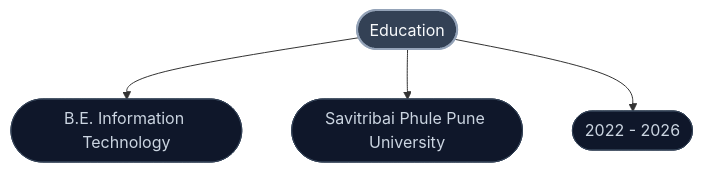
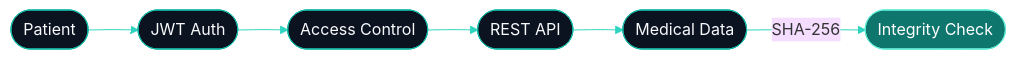
The second of 2 diagrams in README.md (Rockyyy2312/Rockyyy2312), drawn with Mermaid before and after one commit. The commit also changed other lines of this file, not shown here.

First line of the commit message:
Revise README with personal and project information

````diff
--- a/README.md
+++ b/README.md
@@ -278,13 +63,10 @@
 ```mermaid
-graph TD
-    R(["Education"])
-    R --> N0(["B.E. Information Technology"])
-    R --> N1(["Savitribai Phule Pune University"])
-    R --> N2(["2022 - 2026"])
-    class R root
-    class N0,N1,N2 leaf
-    classDef root fill:#334155,stroke:#94a3b8,color:#f8fafc,stroke-width:2px
-    classDef l1 fill:#1e293b,stroke:#64748b,color:#f8fafc
-    classDef l2 fill:#0f172a,stroke:#475569,color:#e2e8f0
-    classDef leaf fill:#0f172a,stroke:#334155,color:#cbd5e1
+%%{init: {'theme':'base','themeVariables':{'fontFamily':'Segoe UI, Arial, sans-serif','lineColor':'#2dd4bf'},'flowchart':{'curve':'basis'}}}%%
+flowchart LR
+    A(["Patient"]) --> B(["JWT Auth"]) --> C(["Access Control"]) --> D(["REST API"]) --> E(["Medical Data"])
+    E -->|"SHA-256"| F(["Integrity Check"])
+    classDef n fill:#0b1220,stroke:#14b8a6,color:#f8fafc
+    classDef sec fill:#0f766e,stroke:#5eead4,color:#ffffff
+    class A,B,C,D,E n
+    class F sec
 ```
````
